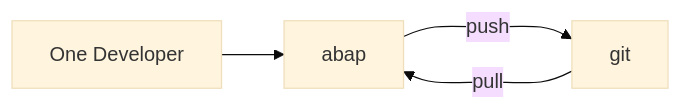
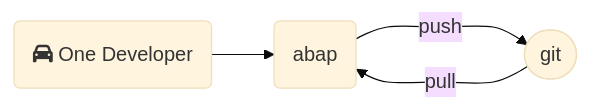
The second of 2 diagrams in abap-code-review/src/test_scenario.md (SAP/styleguides), drawn with Mermaid (base theme) before and after one commit. The commit also changed other lines of this file, not shown here.

````diff
--- a/abap-code-review/src/test_scenario.md
+++ b/abap-code-review/src/test_scenario.md
@@ -34,7 +34,7 @@
  ```mermaid
 %%{ init: { 'flowchart': { 'curve': 'cardinal' } } }%%
  graph LR
-    A[One Developer] --> B[abap]
-    B --->|push| C[git]
+    A(fa:fa-car One Developer) --> B(abap)
+    B --->|push| C([git])
     C -->|pull| B
 ```
````
